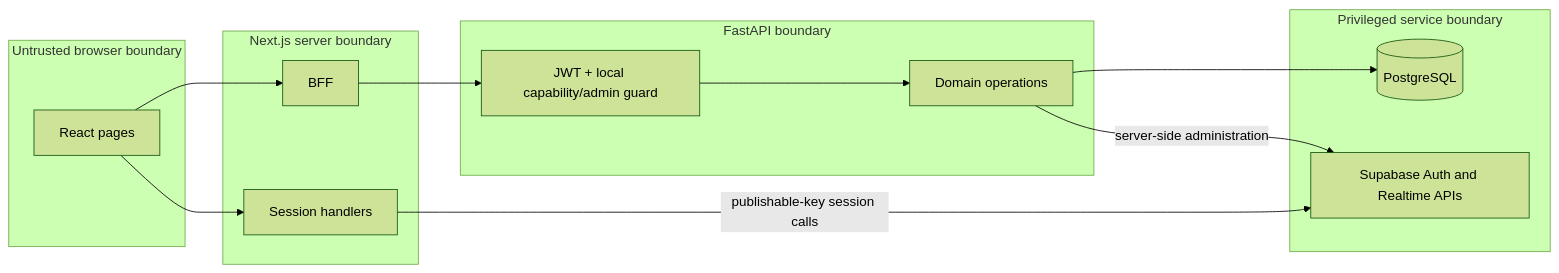
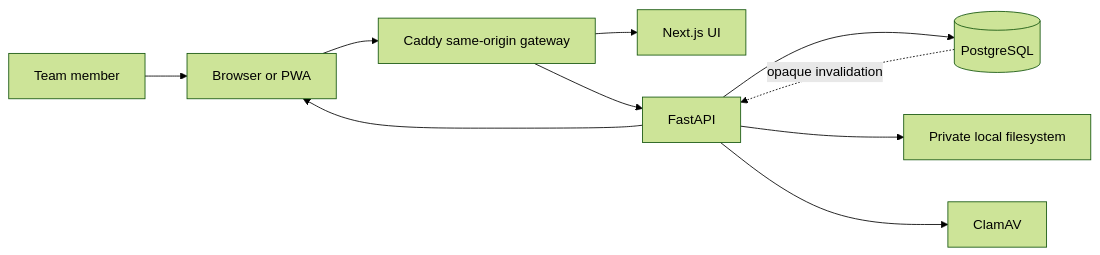
One commit to jayeuse/openslate changed the diagram in docs/architecture/02-system-context.md. Above: the diagram before and after it, drawn with Mermaid (forest theme). The commit also changed other lines of this file and 336 other files, not shown here.

Commit message:
feat(platform)!: replace Supabase with the local OpenSlate stack

````diff
--- a/docs/architecture/02-system-context.md
+++ b/docs/architecture/02-system-context.md
@@ -70,23 +5,12 @@
 ```mermaid
 flowchart LR
-    subgraph Browser[Untrusted browser boundary]
-        UI[React pages]
-    end
-    subgraph Next[Next.js server boundary]
-        Session[Session handlers]
-        BFF[BFF]
-    end
-    subgraph API[FastAPI boundary]
-        JWT[JWT + local capability/admin guard]
-        Domain[Domain operations]
-    end
-    subgraph Data[Privileged service boundary]
-        DB[(PostgreSQL)]
-        Supabase[Supabase Auth and Realtime APIs]
-    end
-    UI --> Session
-    UI --> BFF
-    Session -->|publishable-key session calls| Supabase
-    BFF --> JWT --> Domain --> DB
-    Domain -->|server-side administration| Supabase
+  User[Team member] --> Browser[Browser or PWA]
+  Browser --> Gateway[Caddy same-origin gateway]
+  Gateway --> Web[Next.js UI]
+  Gateway --> API[FastAPI]
+  API --> DB[(PostgreSQL)]
+  API --> Files[Private local filesystem]
+  API --> Scanner[ClamAV]
+  DB -. opaque invalidation .-> API
+  API --> Browser
 ```
````
